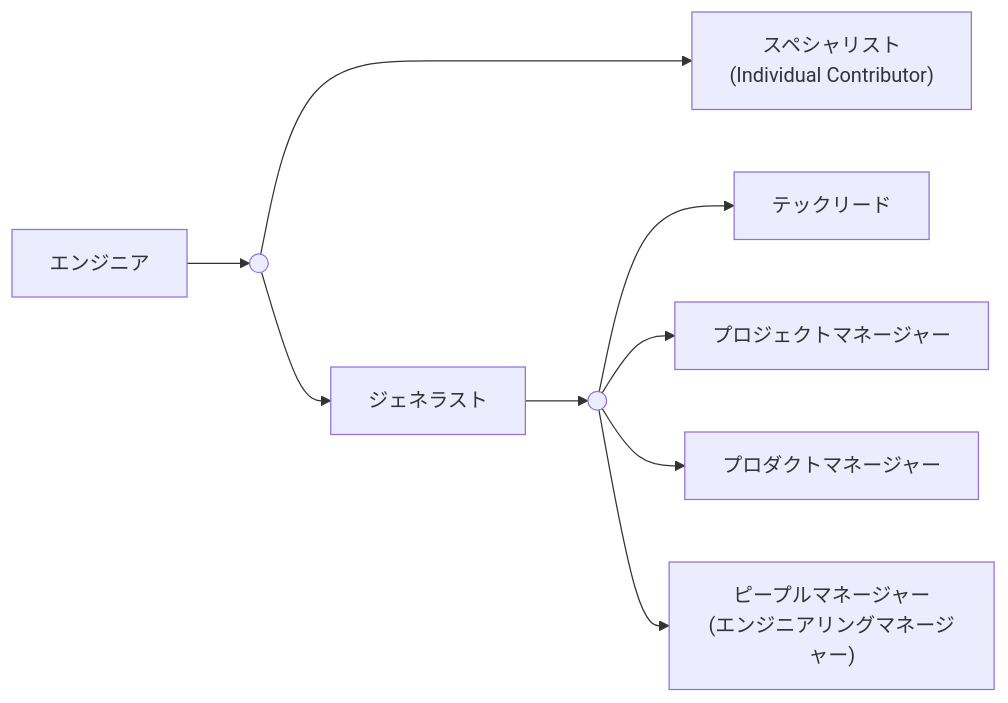
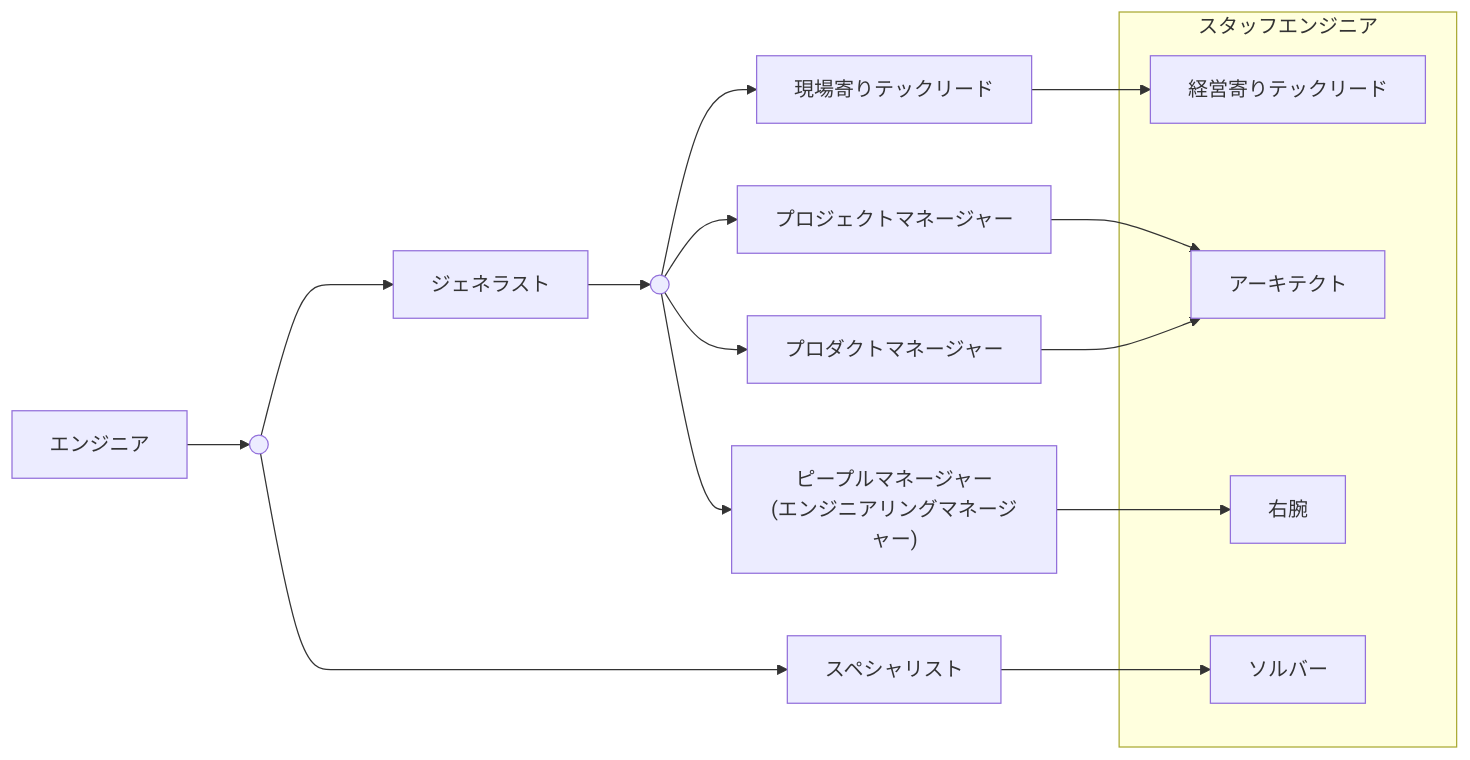
One commit to hiroki-it/tech-notebook changed the diagram in docs/software_development_methodology/software_development_organization.md. Above: the diagram before and after it, drawn with Mermaid. The commit also changed other lines of this file and 1 other file, not shown here.

Commit message:
update ノートを更新した。

````diff
--- a/docs/software_development_methodology/software_development_organization.md
+++ b/docs/software_development_methodology/software_development_organization.md
@@ -89,13 +89,24 @@
 ```mermaid
 flowchart LR
 
-  エンジニア --> テックリードの基点(( ))
+    subgraph スタッフエンジニア
+        経営寄りテックリード
+        アーキテクト
+        右腕
+        ソルバー
+    end
 
-  テックリードの基点 ----> スペシャリスト["スペシャリスト<br>(Individual Contributor)"]
-  テックリードの基点 --> ジェネラスト
-  ジェネラスト --> ジェネラストの基点(( ))
-ジェネラストの基点 --> テックリード
-  ジェネラストの基点 --> プロジェクトマネージャー
-  ジェネラストの基点 --> プロダクトマネージャー
-  ジェネラストの基点 --> マネージャー["ピープルマネージャー<br>(エンジニアリングマネージャー)"]
+    エンジニア --> 基点(( ))
+
+    基点 --> スペシャリスト --> ソルバー
+    基点 ---> ジェネラスト
+    ジェネラスト --> ジェネラストの基点(( ))
+    ジェネラストの基点 --> 現場寄りテックリード
+    現場寄りテックリード --> 経営寄りテックリード
+    プロジェクトマネージャー --> アーキテクト
+    プロダクトマネージャー --> アーキテクト
+    ジェネラストの基点 --> ピープルマネージャー["ピープルマネージャー<br>(エンジニアリングマネージャー)"]
+    ピープルマネージャー --> 右腕
+    ジェネラストの基点 --> プロジェクトマネージャー
+    ジェネラストの基点 --> プロダクトマネージャー
 ```
````
